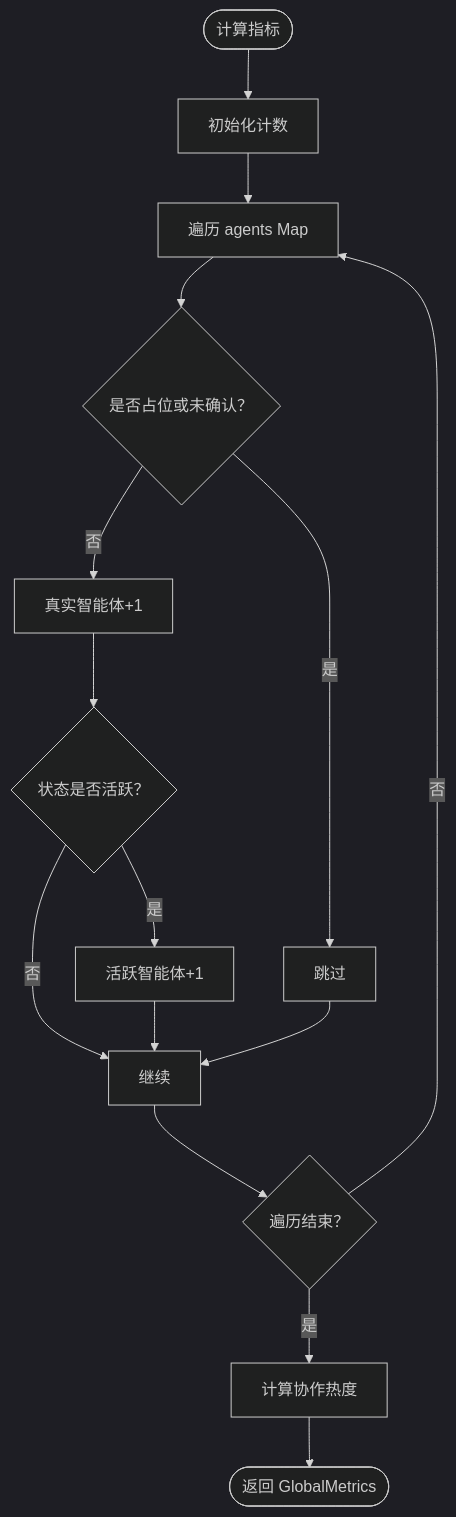
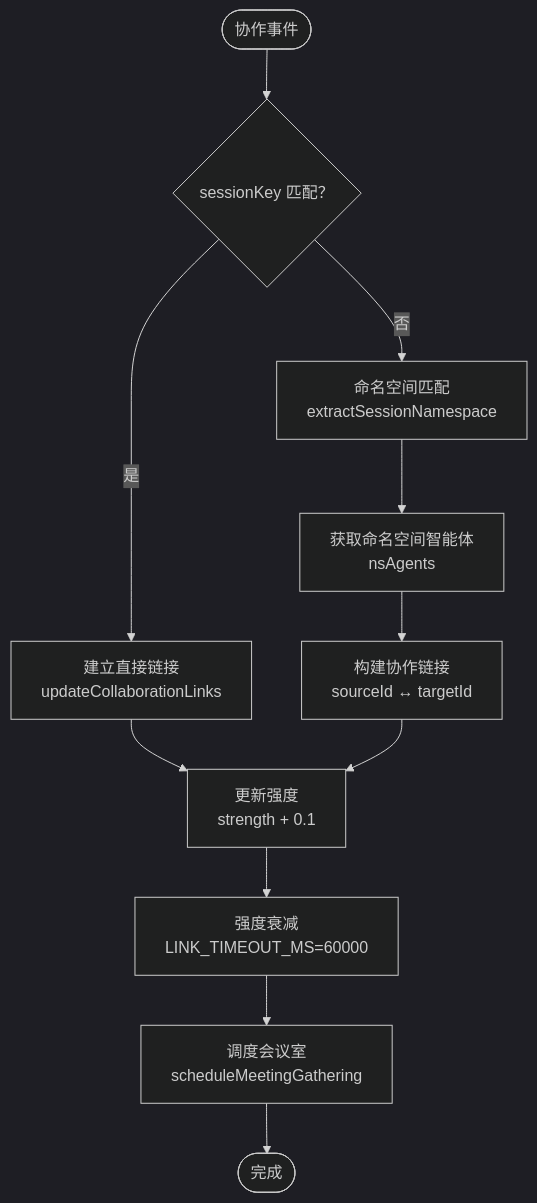
The sixth of 10 diagrams in .qoder/repowiki/zh/content/状态管理系统/状态管理系统.md (WW-AI-Lab/openclaw-office), drawn with Mermaid (dark theme) before and after one commit. The commit also changed other lines of this file and 27 other files, not shown here.

````diff
--- a/.qoder/repowiki/zh/content/状态管理系统/状态管理系统.md
+++ b/.qoder/repowiki/zh/content/状态管理系统/状态管理系统.md
@@ -222,17 +310,13 @@
 ```mermaid
 flowchart TD
-Start(["计算指标"]) --> Init["初始化计数"]
-Init --> Loop["遍历 agents Map"]
-Loop --> Filter{"是否占位或未确认？"}
-Filter --> |是| Skip["跳过"]
-Filter --> |否| CountReal["真实智能体+1"]
-CountReal --> StatusCheck{"状态是否活跃？"}
-StatusCheck --> |是| CountActive["活跃智能体+1"]
-StatusCheck --> |否| Next["继续"]
-CountActive --> Next
-Skip --> Next
-Next --> Done{"遍历结束？"}
-Done --> |否| Loop
-Done --> |是| Heat["计算协作热度"]
-Heat --> Return(["返回 GlobalMetrics"])
+Event(["协作事件"]) --> CheckSession{"sessionKey 匹配？"}
+CheckSession --> |是| DirectLink["建立直接链接<br/>updateCollaborationLinks"]
+CheckSession --> |否| Namespace["命名空间匹配<br/>extractSessionNamespace"]
+Namespace --> NSAgents["获取命名空间智能体<br/>nsAgents"]
+NSAgents --> BuildLinks["构建协作链接<br/>sourceId ↔ targetId"]
+DirectLink --> Strength["更新强度<br/>strength + 0.1"]
+BuildLinks --> Strength
+Strength --> Decay["强度衰减<br/>LINK_TIMEOUT_MS=60000"]
+Decay --> Gather["调度会议室<br/>scheduleMeetingGathering"]
+Gather --> End(["完成"])
 ```
````
